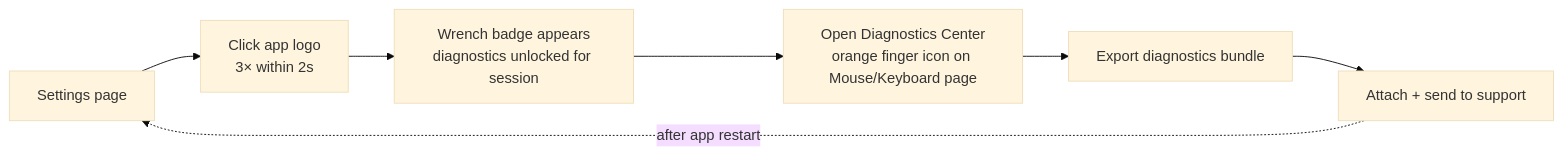
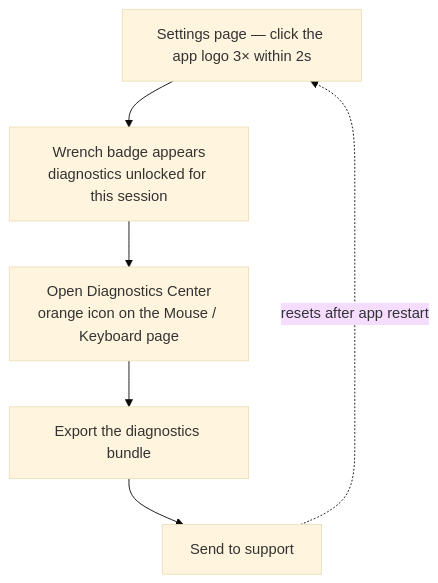
Before and after one commit to xiaopozhu/linguax-web: the diagram in docs/troubleshooting/logs-and-diagnostics.md, drawn with Mermaid (base theme). The commit also changed 18 other files, not shown here.

First line of the commit message:
docs(polish): fix cramped LR diagrams, redesign model SVGs, full recognition table, navbar links

````diff
--- a/docs/troubleshooting/logs-and-diagnostics.md
+++ b/docs/troubleshooting/logs-and-diagnostics.md
@@ -21,9 +21,8 @@
 ```mermaid
-flowchart LR
-    S[Settings page] --> C[Click app logo<br/>3× within 2s]
-    C --> W[Wrench badge appears<br/>diagnostics unlocked for session]
-    W --> D[Open Diagnostics Center<br/>orange finger icon on Mouse/Keyboard page]
-    D --> E[Export diagnostics bundle]
-    E --> A[Attach + send to support]
-    A -.after app restart.-> S
+flowchart TD
+    S[Settings page — click the app logo 3× within 2s] --> W[Wrench badge appears<br/>diagnostics unlocked for this session]
+    W --> D[Open Diagnostics Center<br/>orange icon on the Mouse / Keyboard page]
+    D --> E[Export the diagnostics bundle]
+    E --> A[Send to support]
+    A -. resets after app restart .-> S
 ```
````
